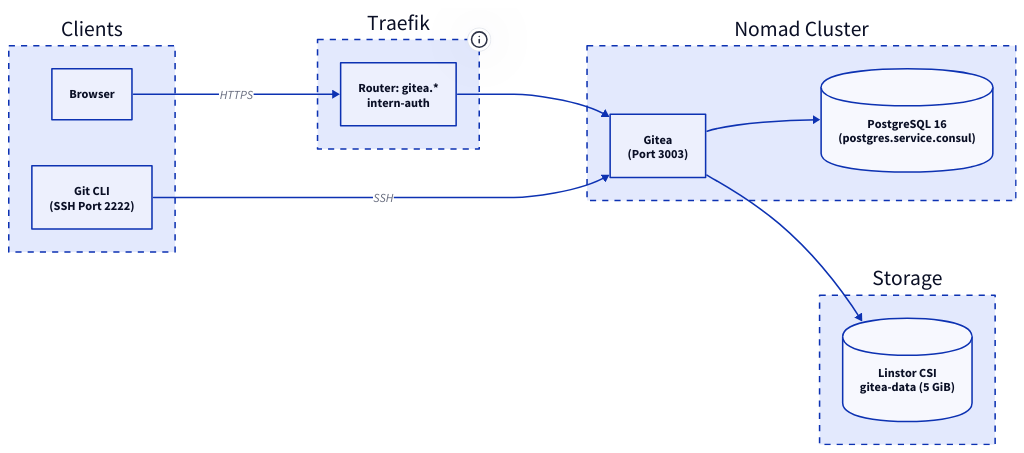
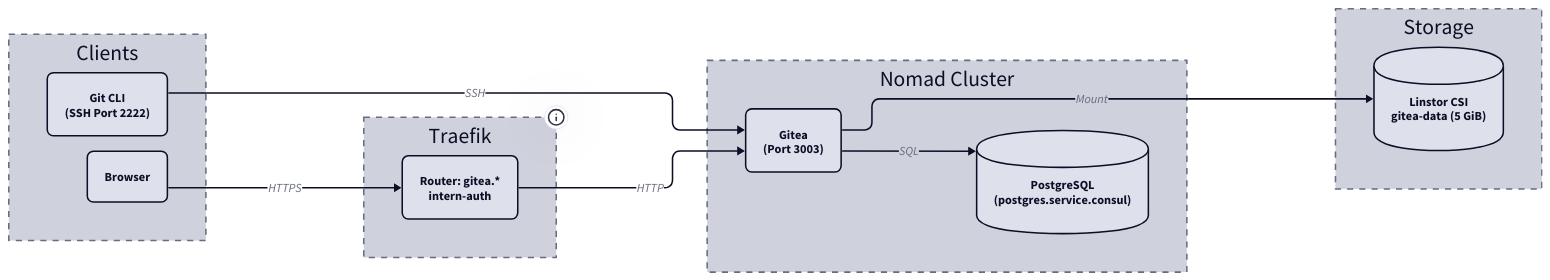
Before and after one commit to derever-labs/homelab-wiki: the diagram in docs/gitea/index.md, drawn with D2. The commit also changed other lines of this file and 109 other files, not shown here.

````diff
--- a/docs/gitea/index.md
+++ b/docs/gitea/index.md
@@ -32,32 +27,46 @@
 ```d2
+vars: {
+  d2-config: {
+    theme-id: 1
+    layout-engine: elk
+  }
+}
 direction: right
+
+classes: {
+  node: {
+    style: {
+      border-radius: 8
+    }
+  }
+}
 
 Clients: {
   style.stroke-dash: 4
-  GIT: "Git CLI\n(SSH Port 2222)"
-  WEB: Browser
+  GIT: "Git CLI\n(SSH Port 2222)" { class: node }
+  WEB: Browser { class: node }
 }
 
 Traefik: Traefik {
   style.stroke-dash: 4
   tooltip: 10.0.2.20
-  R1: "Router: gitea.*\nintern-auth"
+  R1: "Router: gitea.*\nintern-auth" { class: node }
 }
 
 Nomad: Nomad Cluster {
   style.stroke-dash: 4
-  GT: "Gitea\n(Port 3003)"
-  PG: "PostgreSQL 16\n(postgres.service.consul)" { shape: cylinder }
+  GT: "Gitea\n(Port 3003)" { class: node }
+  PG: "PostgreSQL\n(postgres.service.consul)" { shape: cylinder }
 }
 
 Storage: {
   style.stroke-dash: 4
   CSI: "Linstor CSI\ngitea-data (5 GiB)" { shape: cylinder }
 }
 
 Clients.WEB -> Traefik.R1: HTTPS
-Traefik.R1 -> Nomad.GT
+Traefik.R1 -> Nomad.GT: HTTP
 Clients.GIT -> Nomad.GT: SSH
-Nomad.GT -> Nomad.PG
-Nomad.GT -> Storage.CSI
+Nomad.GT -> Nomad.PG: SQL
+Nomad.GT -> Storage.CSI: Mount
 ```
````
